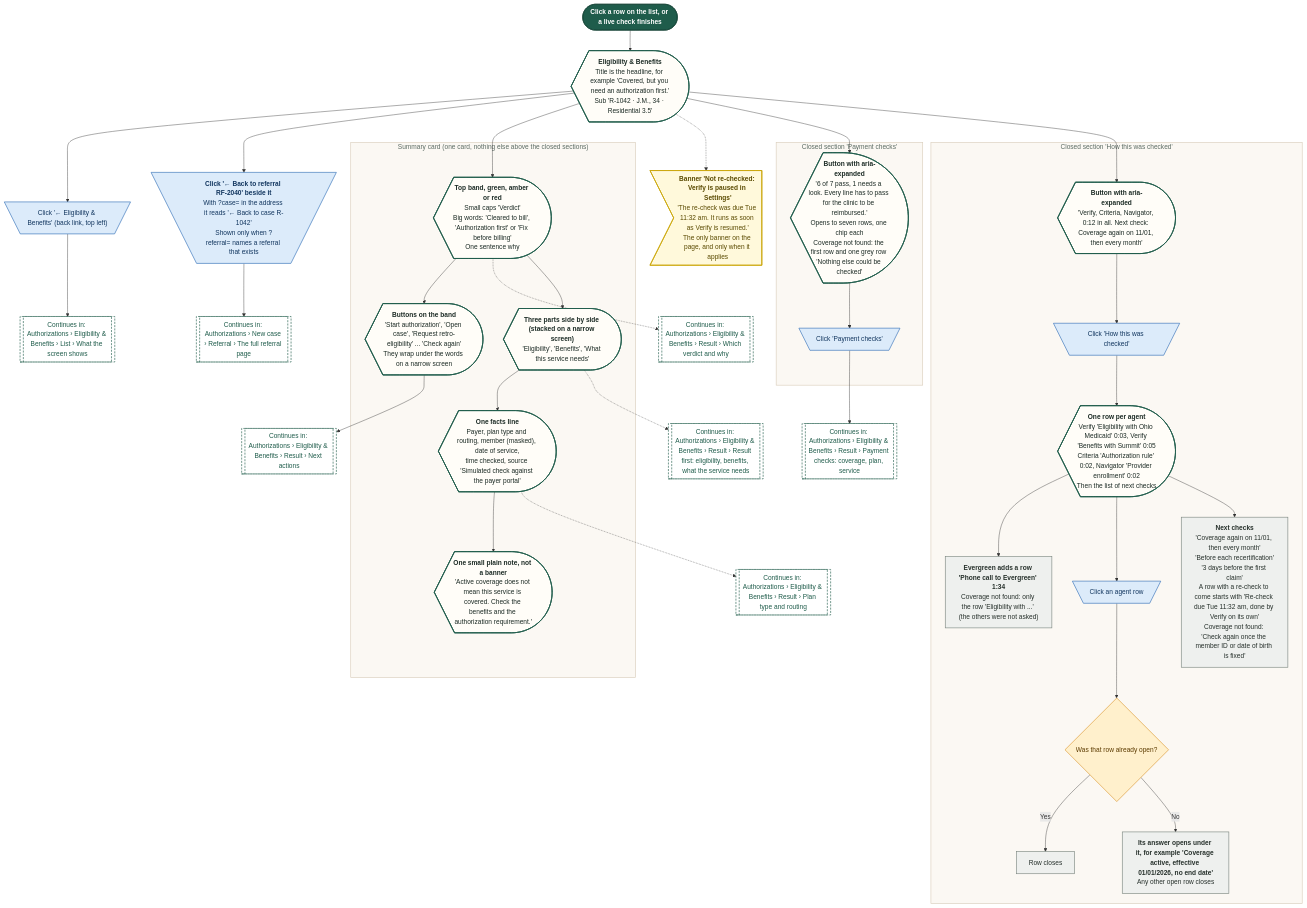
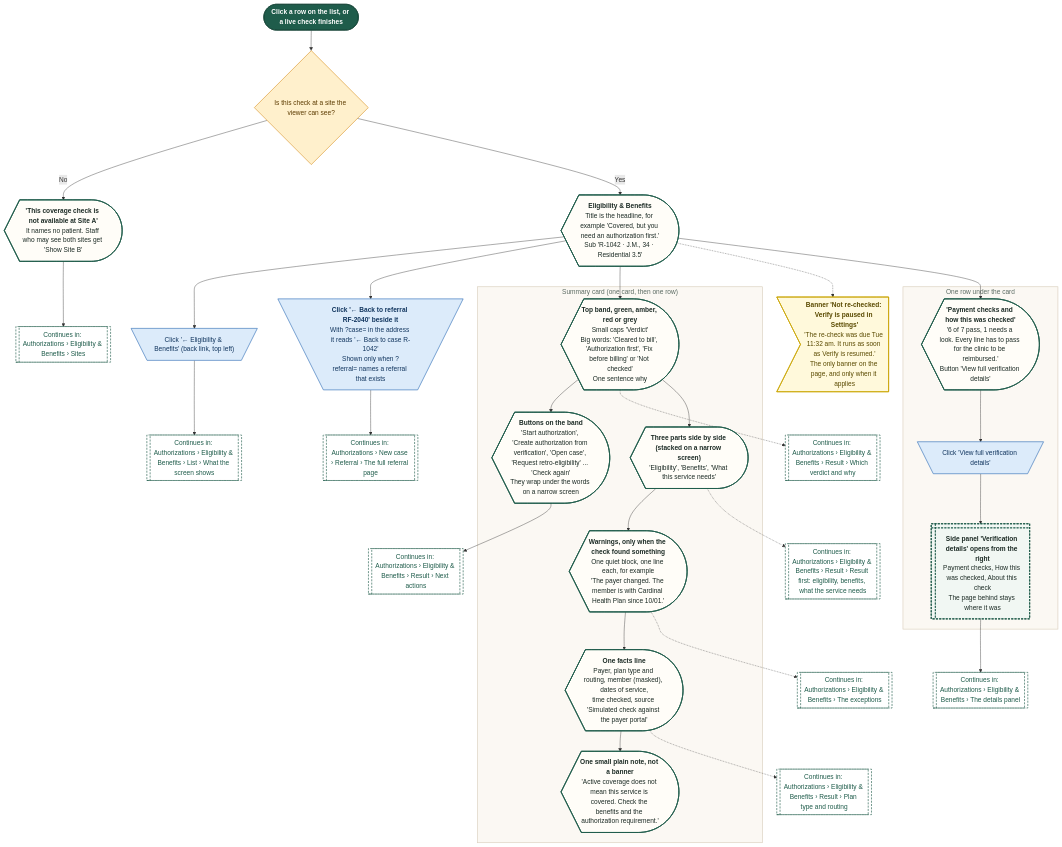
Before and after one commit to Shrav143/psyfloapp: the diagram in demos/prior-auth-demo/workflows/out/mmd/05-eligibility/40-result-screen.mmd, drawn with Mermaid. The commit also changed 251 other files, not shown here.

First line of the commit message:
docs: rebuild the workflow diagrams (291) for round 4

```diff
--- a/demos/prior-auth-demo/workflows/out/mmd/05-eligibility/40-result-screen.mmd
+++ b/demos/prior-auth-demo/workflows/out/mmd/05-eligibility/40-result-screen.mmd
@@ -1,78 +1,70 @@
 %%{init: {"theme":"base","themeVariables":{"fontFamily":"'DM Sans', 'Segoe UI', system-ui, sans-serif","fontSize":"15px","lineColor":"#5B6B63","primaryTextColor":"#1C2B25","clusterBkg":"#FBF8F3","clusterBorder":"#D9CDBB","edgeLabelBackground":"#FFFFFF"},"flowchart":{"curve":"basis","nodeSpacing":36,"rankSpacing":48,"padding":12,"htmlLabels":true,"useMaxWidth":false,"wrappingWidth":230}} }%%
 flowchart TD
   classDef k_start fill:#1F5C4B,stroke:#174638,color:#FFFFFF,stroke-width:1.5px,font-weight:600
   classDef k_end fill:#DDEFE3,stroke:#2E7D4F,color:#14502F,stroke-width:1.5px,font-weight:600
   classDef k_endx fill:#FBE3E0,stroke:#C0392B,color:#7A1F16,stroke-width:1.5px,font-weight:600
   classDef k_screen fill:#FFFDF8,stroke:#1F5C4B,color:#1C2B25,stroke-width:2px
   classDef k_overlay fill:#F1F7F3,stroke:#1F5C4B,color:#1C2B25,stroke-width:2px,stroke-dasharray:5 3
   classDef k_click fill:#DCEBFA,stroke:#2F6DB5,color:#12365F,stroke-width:1.5px
   classDef k_input fill:#E4E7FF,stroke:#4C5FD5,color:#1D2670,stroke-width:1.5px
   classDef k_process fill:#EEF0EE,stroke:#7A857F,color:#26302B,stroke-width:1.5px
   classDef k_agent fill:#EEE5FA,stroke:#7A4FC2,color:#341A63,stroke-width:1.5px
   classDef k_decision fill:#FFF0CC,stroke:#D9962B,color:#5C3B00,stroke-width:1.5px
   classDef k_store fill:#D5F0EA,stroke:#1C8E7B,color:#0B4A3F,stroke-width:1.5px
   classDef k_doc fill:#F6E9DC,stroke:#B07A4C,color:#4A2E14,stroke-width:1.5px
   classDef k_ext fill:#FFE6D2,stroke:#E07B39,color:#6B2F06,stroke-width:1.5px
   classDef k_wait fill:#E4E8EE,stroke:#6B7C93,color:#26303D,stroke-width:1.5px
   classDef k_toast fill:#FFF9DB,stroke:#C9A400,color:#5A4A00,stroke-width:1.5px
   classDef k_goto fill:#FFFFFF,stroke:#1F5C4B,color:#1F5C4B,stroke-width:1.5px,stroke-dasharray:5 3
   s1@{ shape: stadium, label: "Click a row on the list, or a live check finishes" }
+  qs@{ shape: diam, label: "Is this check at a site the viewer can see?" }
+  os@{ shape: curv-trap, label: "<b>'This coverage check is not available at Site A'</b><br/>It names no patient. Staff who may see both sites get 'Show Site B'" }
   sc@{ shape: curv-trap, label: "<b>Eligibility & Benefits</b><br/>Title is the headline, for example 'Covered, but you need an authorization first.'<br/>Sub 'R-1042 · J.M., 34 · Residential 3.5'" }
   b1@{ shape: trap-t, label: "Click '← Eligibility & Benefits' (back link, top left)" }
   g0@{ shape: subproc, label: "Continues in: Authorizations › Eligibility & Benefits › List › What the screen shows" }
   b2@{ shape: trap-t, label: "<b>Click '← Back to referral RF-2040' beside it</b><br/>With ?case= in the address it reads '← Back to case R-1042'<br/>Shown only when ?referral= names a referral that exists" }
   g4@{ shape: subproc, label: "Continues in: Authorizations › New case › Referral › The full referral page" }
-  subgraph gSum ["Summary card (one card, nothing else above the closed sections)"]
-  vb@{ shape: curv-trap, label: "<b>Top band, green, amber or red</b><br/>Small caps 'Verdict'<br/>Big words: 'Cleared to bill', 'Authorization first' or 'Fix before billing'<br/>One sentence why" }
-  bt@{ shape: curv-trap, label: "<b>Buttons on the band</b><br/>'Start authorization', 'Open case', 'Request retro-eligibility' ... 'Check again'<br/>They wrap under the words on a narrow screen" }
+  subgraph gSum ["Summary card (one card, then one row)"]
+  vb@{ shape: curv-trap, label: "<b>Top band, green, amber, red or grey</b><br/>Small caps 'Verdict'<br/>Big words: 'Cleared to bill', 'Authorization first', 'Fix before billing' or 'Not checked'<br/>One sentence why" }
+  bt@{ shape: curv-trap, label: "<b>Buttons on the band</b><br/>'Start authorization', 'Create authorization from verification', 'Open case', 'Request retro-eligibility' ... 'Check again'<br/>They wrap under the words on a narrow screen" }
   three@{ shape: curv-trap, label: "<b>Three parts side by side (stacked on a narrow screen)</b><br/>'Eligibility', 'Benefits', 'What this service needs'" }
-  facts@{ shape: curv-trap, label: "<b>One facts line</b><br/>Payer, plan type and routing, member (masked), date of service,<br/>time checked, source 'Simulated check against the payer portal'" }
+  warn@{ shape: curv-trap, label: "<b>Warnings, only when the check found something</b><br/>One quiet block, one line each, for example<br/>'The payer changed. The member is with Cardinal Health Plan since 10/01.'" }
+  facts@{ shape: curv-trap, label: "<b>One facts line</b><br/>Payer, plan type and routing, member (masked), dates of service,<br/>time checked, source 'Simulated check against the payer portal'" }
   note@{ shape: curv-trap, label: "<b>One small plain note, not a banner</b><br/>'Active coverage does not mean this service is covered. Check the benefits and the authorization requirement.'" }
   end
   t1@{ shape: odd, label: "<b>Banner 'Not re-checked: Verify is paused in Settings'</b><br/>'The re-check was due Tue 11:32 am. It runs as soon as Verify is resumed.'<br/>The only banner on the page, and only when it applies" }
-  subgraph gPay ["Closed section 'Payment checks'"]
-  pc@{ shape: curv-trap, label: "<b>Button with aria-expanded</b><br/>'6 of 7 pass, 1 needs a look. Every line has to pass for the clinic to be reimbursed.'<br/>Opens to seven rows, one chip each<br/>Coverage not found: the first row and one grey row 'Nothing else could be checked'" }
-  pk@{ shape: trap-t, label: "Click 'Payment checks'" }
-  end
-  subgraph gAg ["Closed section 'How this was checked'"]
-  ag@{ shape: curv-trap, label: "<b>Button with aria-expanded</b><br/>'Verify, Criteria, Navigator, 0:12 in all. Next check: Coverage again on 11/01, then every month'" }
-  ak@{ shape: trap-t, label: "Click 'How this was checked'" }
-  ar@{ shape: curv-trap, label: "<b>One row per agent</b><br/>Verify 'Eligibility with Ohio Medicaid' 0:03, Verify 'Benefits with Summit' 0:05<br/>Criteria 'Authorization rule' 0:02, Navigator 'Provider enrollment' 0:02<br/>Then the list of next checks" }
-  p3@{ shape: rect, label: "<b>Evergreen adds a row 'Phone call to Evergreen' 1:34</b><br/>Coverage not found: only the row 'Eligibility with ...' (the others were not asked)" }
-  k1@{ shape: trap-t, label: "Click an agent row" }
-  q2@{ shape: diam, label: "Was that row already open?" }
-  p4@{ shape: rect, label: "Row closes" }
-  p5@{ shape: rect, label: "<b>Its answer opens under it, for example 'Coverage active, effective 01/01/2026, no end date'</b><br/>Any other open row closes" }
-  p6@{ shape: rect, label: "<b>Next checks</b><br/>'Coverage again on 11/01, then every month'<br/>'Before each recertification'<br/>'3 days before the first claim'<br/>A row with a re-check to come starts with 'Re-check due Tue 11:32 am, done by Verify on its own'<br/>Coverage not found: 'Check again once the member ID or date of birth is fixed'" }
+  subgraph gRow ["One row under the card"]
+  pc@{ shape: curv-trap, label: "<b>'Payment checks and how this was checked'</b><br/>'6 of 7 pass, 1 needs a look. Every line has to pass for the clinic to be reimbursed.'<br/>Button 'View full verification details'" }
+  pk@{ shape: trap-t, label: "Click 'View full verification details'" }
+  ov@{ shape: win-pane, label: "<b>Side panel 'Verification details' opens from the right</b><br/>Payment checks, How this was checked, About this check<br/>The page behind stays where it was" }
   end
   g1@{ shape: subproc, label: "Continues in: Authorizations › Eligibility & Benefits › Result › Which verdict and why" }
-  g2@{ shape: subproc, label: "Continues in: Authorizations › Eligibility & Benefits › Result › Payment checks: coverage, plan, service" }
+  g2@{ shape: subproc, label: "Continues in: Authorizations › Eligibility & Benefits › The details panel" }
   g3@{ shape: subproc, label: "Continues in: Authorizations › Eligibility & Benefits › Result › Next actions" }
   g5@{ shape: subproc, label: "Continues in: Authorizations › Eligibility & Benefits › Result › Result first: eligibility, benefits, what the service needs" }
   g6@{ shape: subproc, label: "Continues in: Authorizations › Eligibility & Benefits › Result › Plan type and routing" }
-  s1 --> sc
+  g7@{ shape: subproc, label: "Continues in: Authorizations › Eligibility & Benefits › The exceptions" }
+  g8@{ shape: subproc, label: "Continues in: Authorizations › Eligibility & Benefits › Sites" }
+  s1 --> qs
+  qs -->|"No"| os --> g8
+  qs -->|"Yes"| sc
   sc --> b1 --> g0
   sc --> b2 --> g4
   sc --> vb --> bt
   vb -.-> g1
   bt --> g3
-  vb --> three --> facts --> note
+  vb --> three --> warn --> facts --> note
   three -.-> g5
+  warn -.-> g7
   facts -.-> g6
   sc -.-> t1
-  sc --> pc --> pk --> g2
-  sc --> ag --> ak --> ar --> p3
-  ar --> k1 --> q2
-  q2 -->|"Yes"| p4
-  q2 -->|"No"| p5
-  ar --> p6
+  sc --> pc --> pk --> ov --> g2
   class s1 k_start
-  class sc,vb,bt,three,facts,note,pc,ag,ar k_screen
-  class b1,b2,pk,ak,k1 k_click
-  class g0,g4,g1,g2,g3,g5,g6 k_goto
+  class qs k_decision
+  class os,sc,vb,bt,three,warn,facts,note,pc k_screen
+  class b1,b2,pk k_click
+  class g0,g4,g1,g2,g3,g5,g6,g7,g8 k_goto
   class t1 k_toast
-  class p3,p4,p5,p6 k_process
-  class q2 k_decision
+  class ov k_overlay
   style gSum fill:#FBF8F3,stroke:#D9CDBB,stroke-width:1.5px,color:#5B6B63
-  style gPay fill:#FBF8F3,stroke:#D9CDBB,stroke-width:1.5px,color:#5B6B63
-  style gAg fill:#FBF8F3,stroke:#D9CDBB,stroke-width:1.5px,color:#5B6B63
+  style gRow fill:#FBF8F3,stroke:#D9CDBB,stroke-width:1.5px,color:#5B6B63
```
